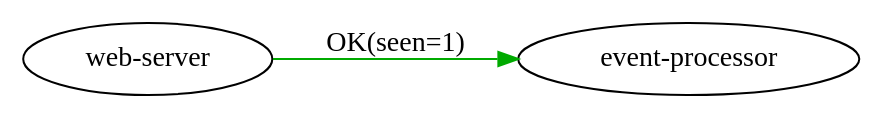
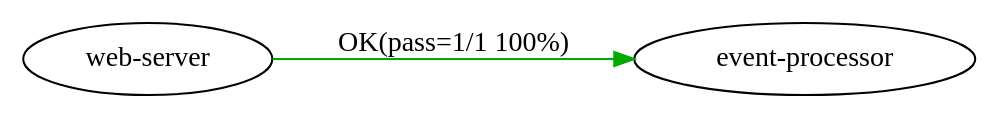
The sixth of 6 diagrams in docs/src/overview.rst (ane/observatory), drawn with Graphviz before and after one commit. The commit also changed other lines of this file and 5 other files, not shown here.

```diff
--- a/docs/src/overview.rst
+++ b/docs/src/overview.rst
@@ -51,6 +141,6 @@
 .. graphviz::
 
    digraph {
      rankdir=LR;
-     "web-server" -> "event-processor"[label="OK(seen=1)", color="#00AA00"];
+     "web-server" -> "event-processor"[label="OK(pass=1/1 100%)", color="#00AA00"];
    }
```
